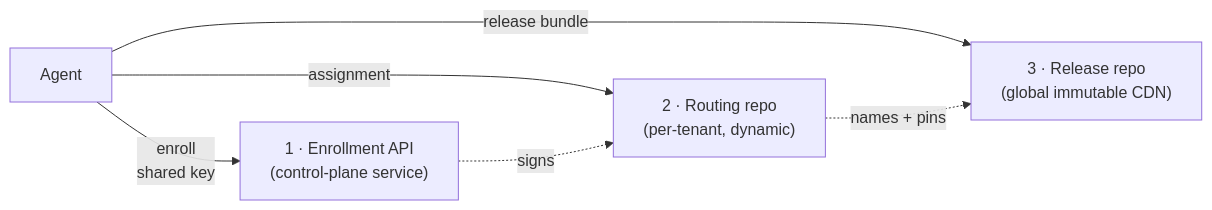
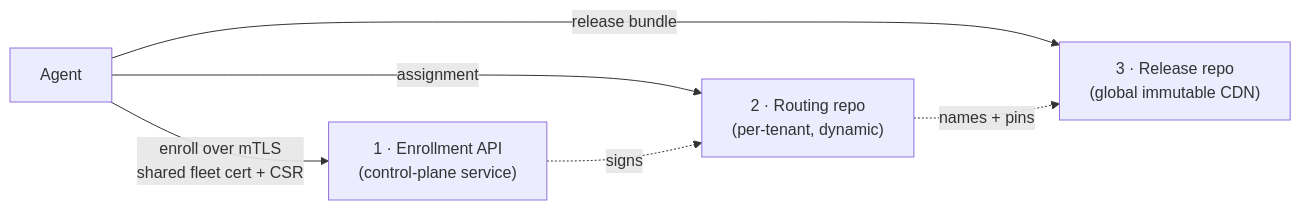
Before and after one commit to evan-hines-js/updatedc: the third of 5 diagrams in docs/fleet-rollout-endpoints.md, drawn with Mermaid. The commit also changed other lines of this file and 136 other files, not shown here.

````diff
--- a/docs/fleet-rollout-endpoints.md
+++ b/docs/fleet-rollout-endpoints.md
@@ -106,8 +107,8 @@
 ```mermaid
 flowchart LR
-    N[Agent] -->|enroll<br/>shared key| E["1 · Enrollment API<br/>(control-plane service)"]
+    N[Agent] -->|enroll over mTLS<br/>shared fleet cert + CSR| E["1 · Enrollment API<br/>(control-plane service)"]
     N -->|assignment| R["2 · Routing repo<br/>(per-tenant, dynamic)"]
     N -->|release bundle| C["3 · Release repo<br/>(global immutable CDN)"]
     E -. signs .-> R
     R -. names + pins .-> C
 ```
````
